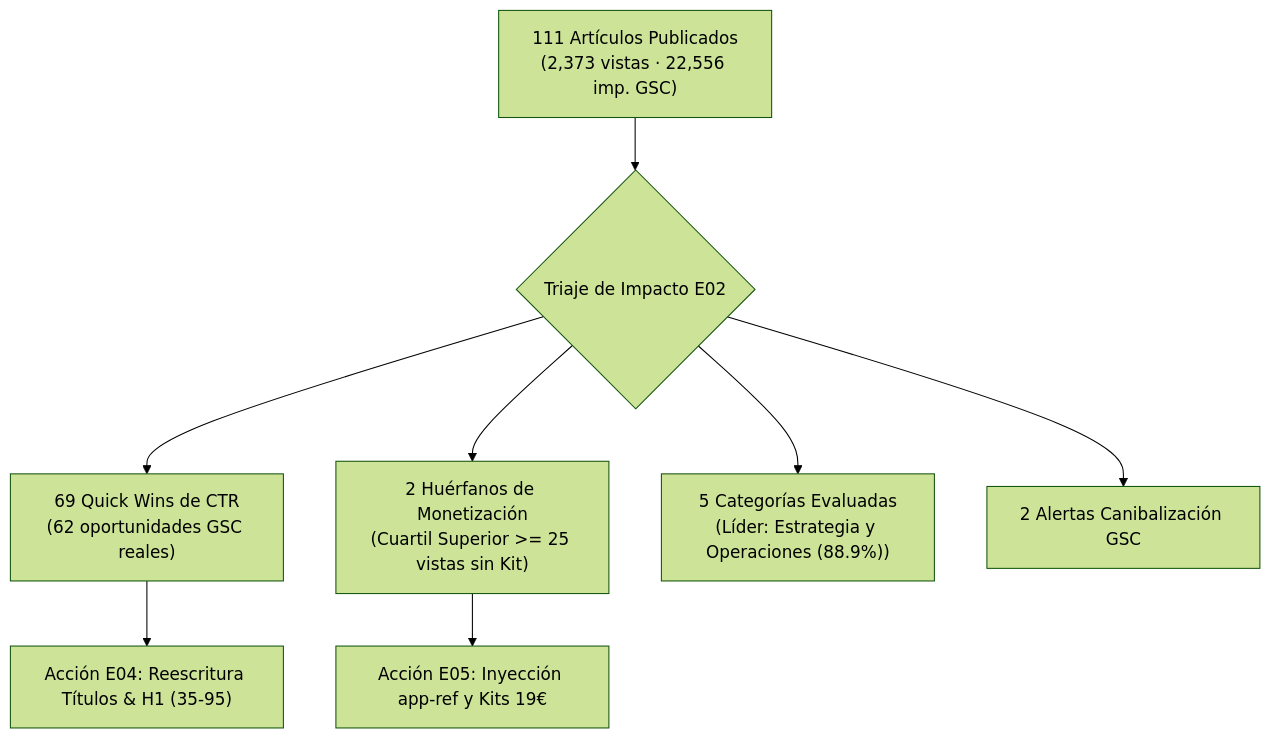
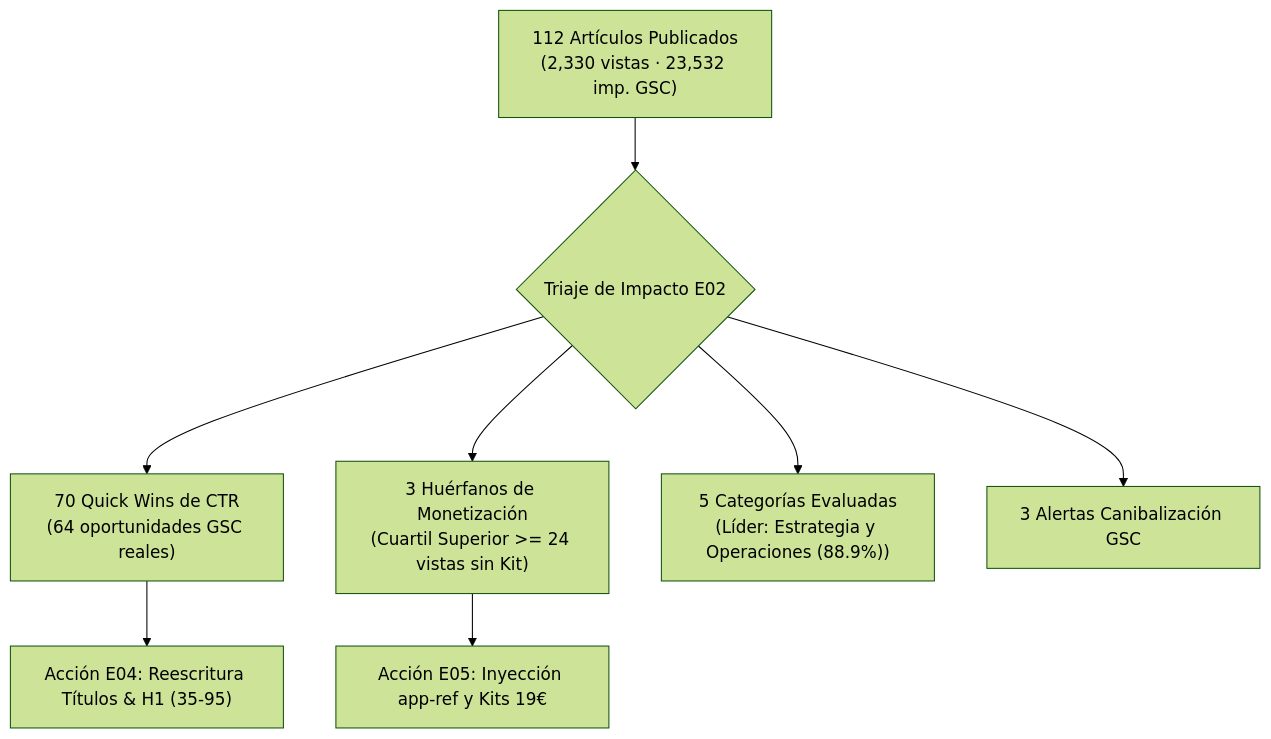
The diagram in specs/audit/IMPACT_REPORT.md (Dalaez/datalaria-website), drawn with Mermaid (forest theme) before and after one commit. The commit also changed other lines of this file and 9 other files, not shown here.

````diff
--- a/specs/audit/IMPACT_REPORT.md
+++ b/specs/audit/IMPACT_REPORT.md
@@ -24,10 +24,10 @@
 ```mermaid
 flowchart TD
-    A["111 Artículos Publicados\n(2,373 vistas · 22,556 imp. GSC)"] --> B{"Triaje de Impacto E02"}
-    B --> C["69 Quick Wins de CTR\n(62 oportunidades GSC reales)"]
-    B --> D["2 Huérfanos de Monetización\n(Cuartil Superior >= 25 vistas sin Kit)"]
+    A["112 Artículos Publicados\n(2,330 vistas · 23,532 imp. GSC)"] --> B{"Triaje de Impacto E02"}
+    B --> C["70 Quick Wins de CTR\n(64 oportunidades GSC reales)"]
+    B --> D["3 Huérfanos de Monetización\n(Cuartil Superior >= 24 vistas sin Kit)"]
     B --> E["5 Categorías Evaluadas\n(Líder: Estrategia y Operaciones (88.9%))"]
-    B --> H["2 Alertas Canibalización GSC"]
+    B --> H["3 Alertas Canibalización GSC"]
     C --> F["Acción E04: Reescritura Títulos & H1 (35-95)"]
     D --> G["Acción E05: Inyección app-ref y Kits 19€"]
 ```
````
